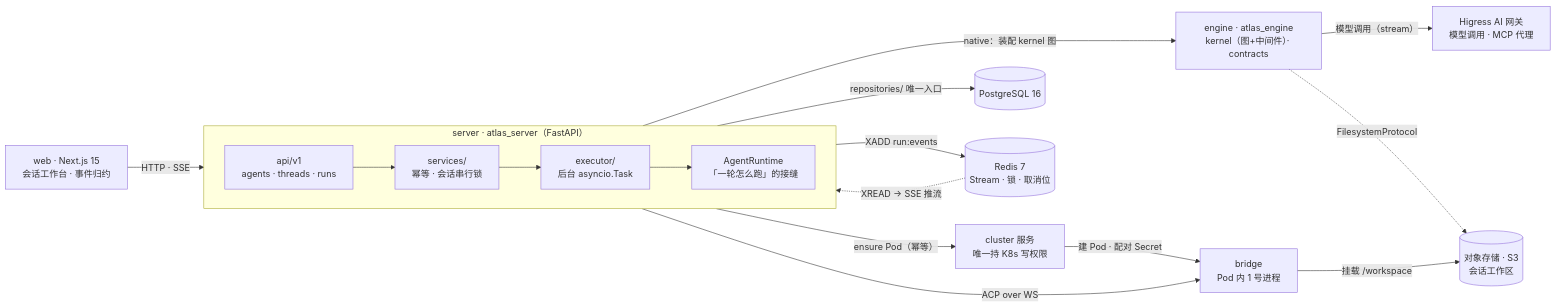
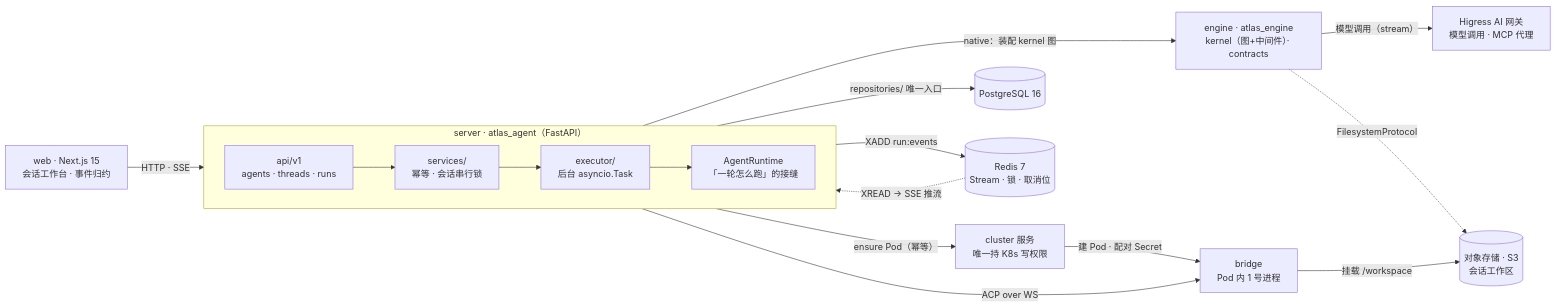
Before and after one commit to work-zhg/atlas: the first of 2 diagrams in README.md, drawn with Mermaid. The commit also changed other lines of this file and 779 other files, not shown here.

````diff
--- a/README.md
+++ b/README.md
@@ -18,33 +18,33 @@
 ```mermaid
 flowchart LR
   web["web · Next.js 15<br/>会话工作台 · 事件归约"]
 
-  subgraph server["server · atlas_server（FastAPI）"]
+  subgraph server["server · atlas_agent（FastAPI）"]
     direction LR
     api["api/v1<br/>agents · threads · runs"]
     services["services/<br/>幂等 · 会话串行锁"]
     executor["executor/<br/>后台 asyncio.Task"]
     runtime["AgentRuntime<br/>「一轮怎么跑」的接缝"]
     api --> services --> executor --> runtime
   end
 
   engine["engine · atlas_engine<br/>kernel（图+中间件）· contracts"]
   bridge["bridge<br/>Pod 内 1 号进程"]
   cluster["cluster 服务<br/>唯一持 K8s 写权限"]
   gw["Higress AI 网关<br/>模型调用 · MCP 代理"]
   oss[("对象存储 · S3<br/>会话工作区")]
   pg[("PostgreSQL 16")]
   redis[("Redis 7<br/>Stream · 锁 · 取消位")]
 
   web -->|"HTTP · SSE"| api
   runtime -->|"native：装配 kernel 图"| engine
   runtime -->|"ACP over WS"| bridge
   runtime -->|"ensure Pod（幂等）"| cluster
   cluster -->|"建 Pod · 配对 Secret"| bridge
   engine -->|"模型调用（stream）"| gw
   engine -.->|"FilesystemProtocol"| oss
   bridge -->|"挂载 /workspace"| oss
   services -->|"repositories/ 唯一入口"| pg
   executor -->|"XADD run:events"| redis
   redis -.->|"XREAD → SSE 推流"| api
 ```
````
